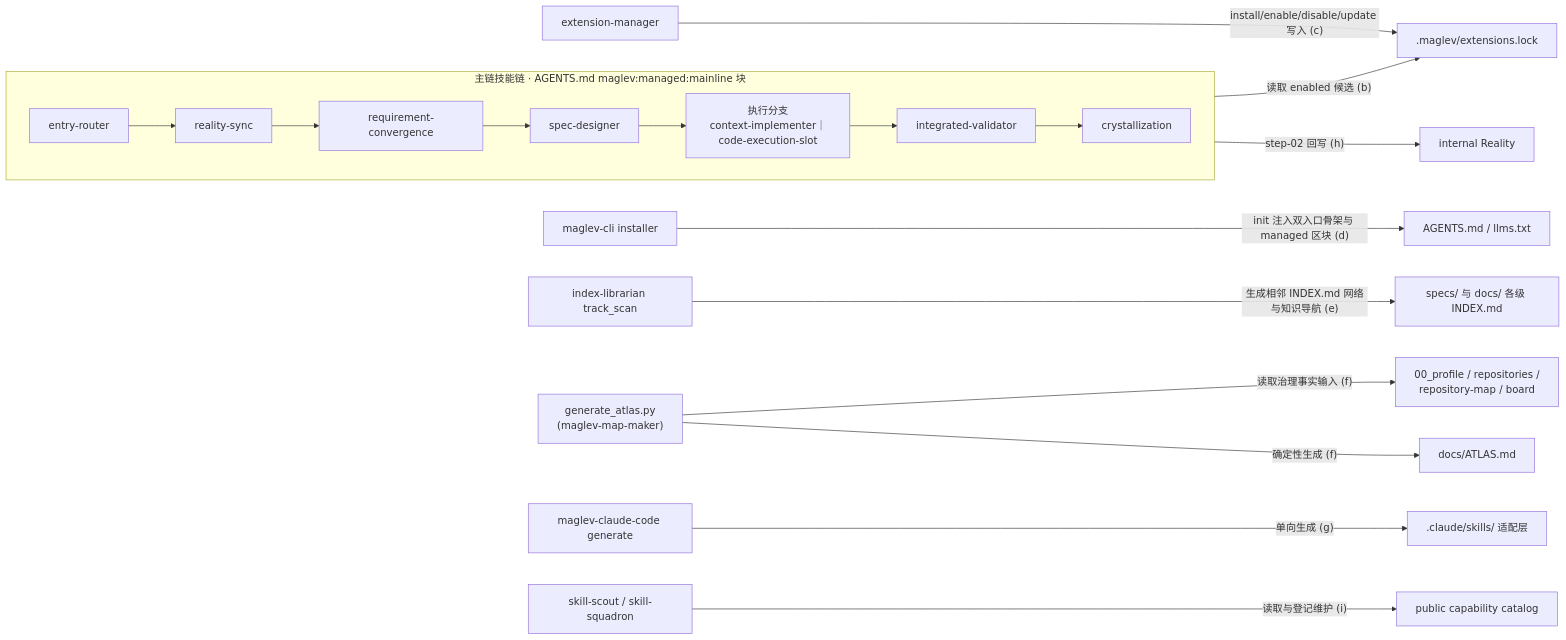
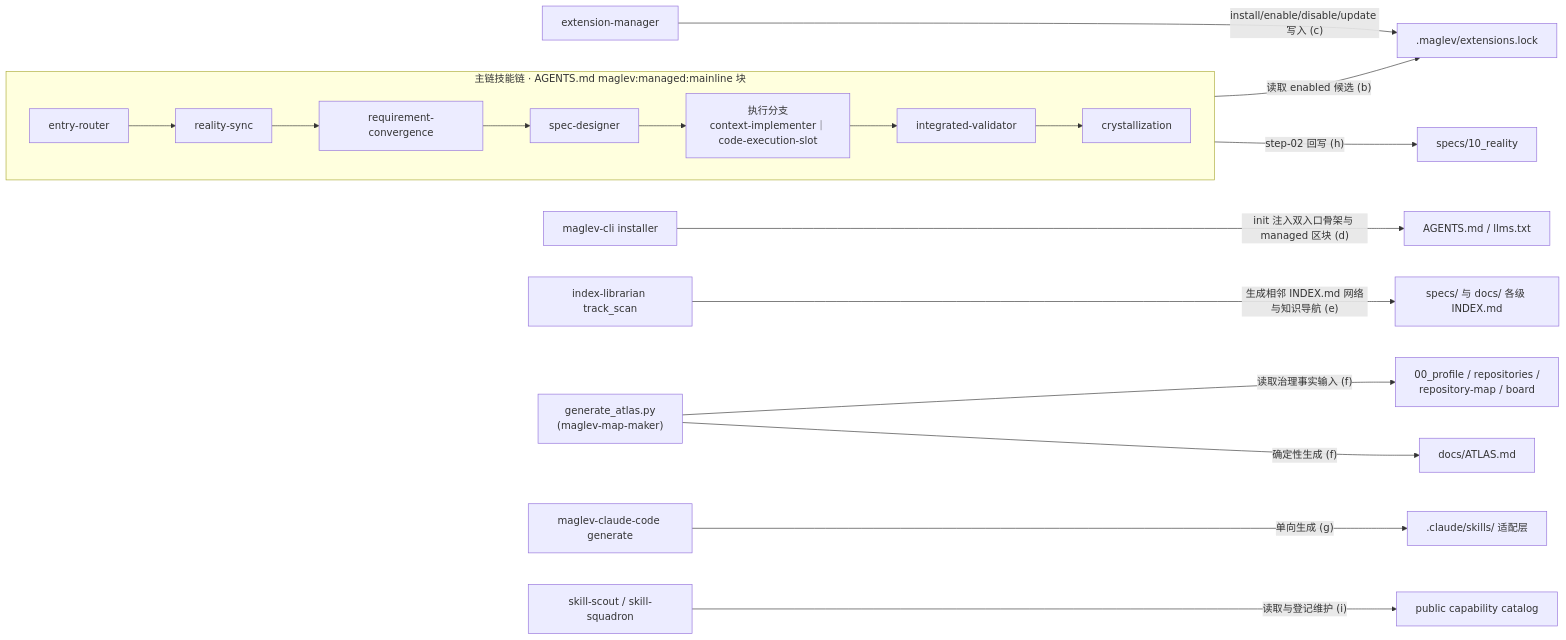
One commit to Idea-Maglev/maglev changed the diagram in specs/10_reality/product-architecture.md. Above: the diagram before and after it, drawn with Mermaid. The commit also changed other lines of this file and 94 other files, not shown here.

````diff
--- a/specs/10_reality/product-architecture.md
+++ b/specs/10_reality/product-architecture.md
@@ -48,21 +48,21 @@
 ```mermaid
 flowchart LR
     subgraph Mainline["主链技能链 · AGENTS.md maglev:managed:mainline 块"]
         direction LR
         ER["entry-router"] --> RS["reality-sync"]
         RS --> RQ["requirement-convergence"]
         RQ --> SD["spec-designer"]
         SD --> EX["执行分支<br/>context-implementer｜code-execution-slot"]
         EX --> IV["integrated-validator"]
         IV --> CRY["crystallization"]
     end
     EX -->|"读取 enabled 候选 (b)"| LOCK[".maglev/extensions.lock"]
     EM["extension-manager"] -->|"install/enable/disable/update 写入 (c)"| LOCK
     INS["maglev-cli installer"] -->|"init 注入双入口骨架与 managed 区块 (d)"| CTX["AGENTS.md / llms.txt"]
     IL["index-librarian track_scan"] -->|"生成相邻 INDEX.md 网络与知识导航 (e)"| IDX["specs/ 与 docs/ 各级 INDEX.md"]
     AT["generate_atlas.py<br/>(maglev-map-maker)"] -->|"读取治理事实输入 (f)"| SRC["00_profile / repositories /<br/>repository-map / board"]
     AT -->|"确定性生成 (f)"| ATL["docs/ATLAS.md"]
     CC["maglev-claude-code generate"] -->|"单向生成 (g)"| CSA[".claude/skills/ 适配层"]
-    CRY -->|"step-02 回写 (h)"| REAL["internal Reality"]
+    CRY -->|"step-02 回写 (h)"| REAL["specs/10_reality"]
     SS["skill-scout / skill-squadron"] -->|"读取与登记维护 (i)"| CAT["public capability catalog"]
 ```
````
